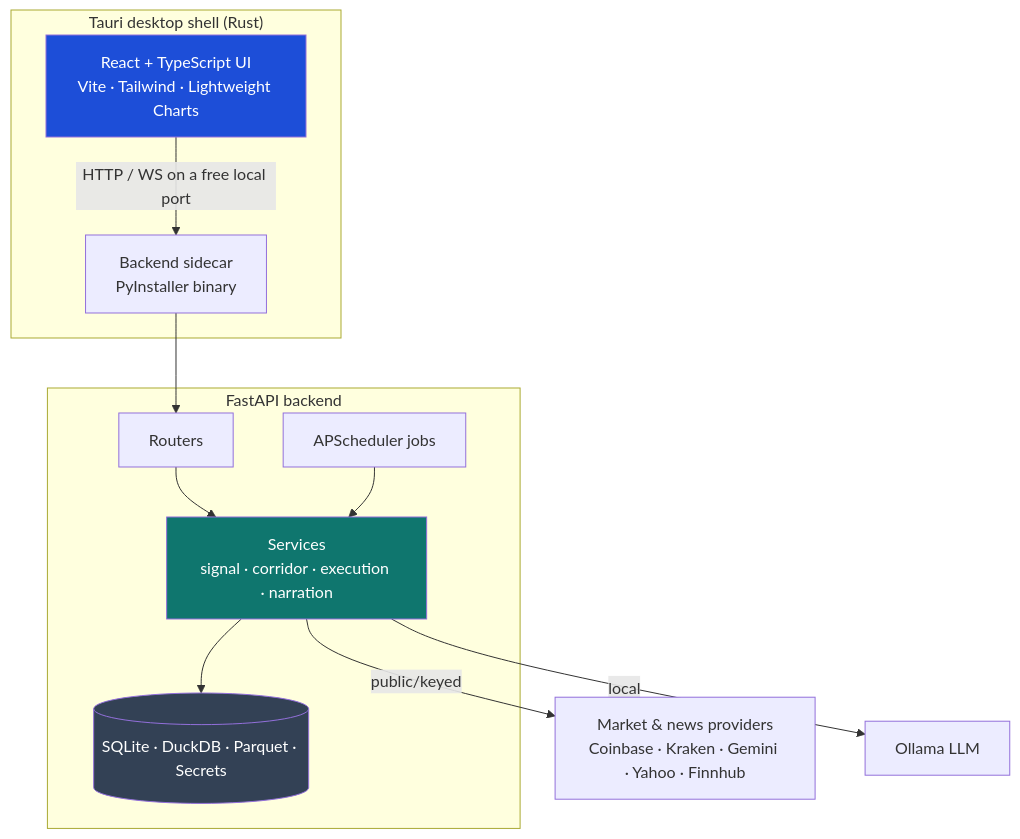
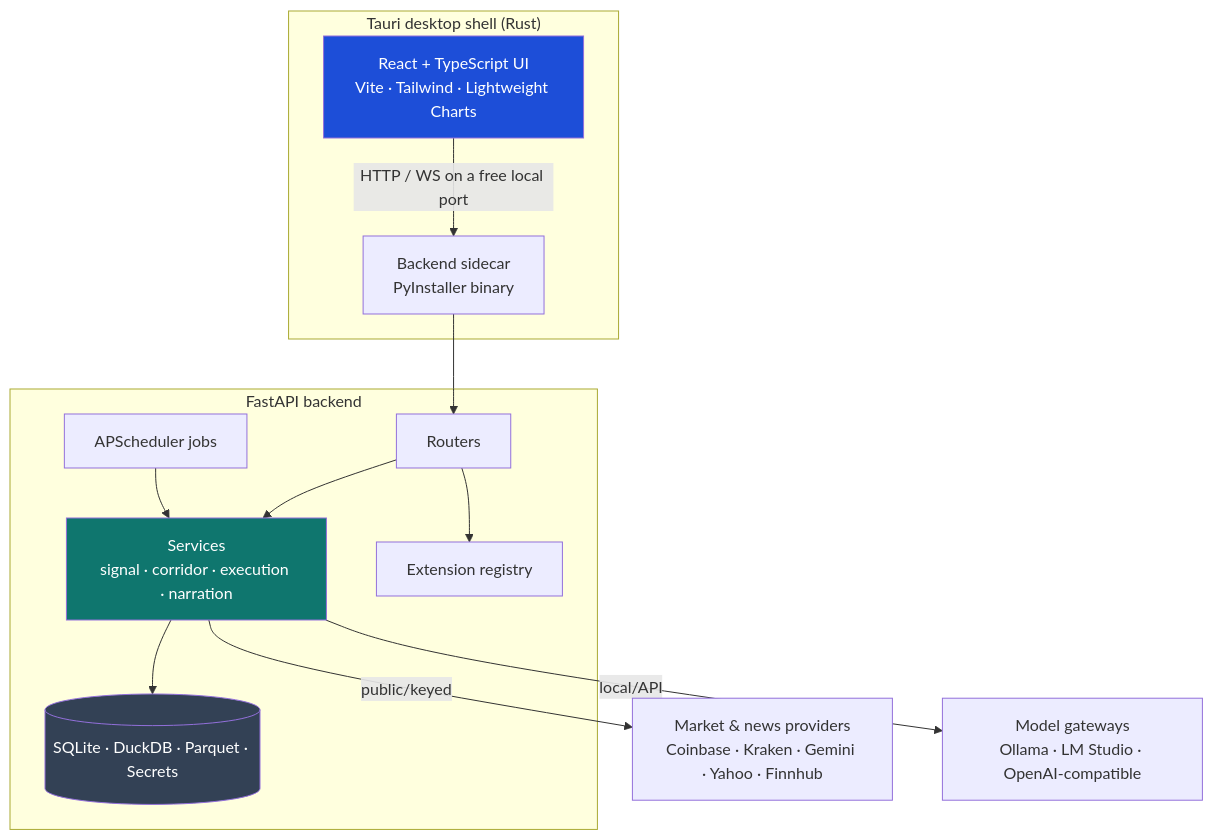
One commit to quantglass-labs/quantglass changed the diagram in docs/technical/README.md. Above: the diagram before and after it, drawn with Mermaid. The commit also changed other lines of this file and 31 other files, not shown here.

Commit message:
Add extension registry and flexible AI gateways

````diff
--- a/docs/technical/README.md
+++ b/docs/technical/README.md
@@ -30,21 +30,23 @@
 ```mermaid
 flowchart TB
     subgraph Desktop["Tauri desktop shell (Rust)"]
         UI[React + TypeScript UI<br/>Vite · Tailwind · Lightweight Charts]
         SIDE[Backend sidecar<br/>PyInstaller binary]
     end
     UI -- "HTTP / WS on a free local port" --> SIDE
     subgraph Backend["FastAPI backend"]
         ROUT[Routers]
         SVC[Services<br/>signal · corridor · execution · narration]
+        PLUG[Extension registry]
         SCHED[APScheduler jobs]
         STORE[(SQLite · DuckDB · Parquet · Secrets)]
     end
     SIDE --> ROUT --> SVC --> STORE
+    ROUT --> PLUG
     SCHED --> SVC
     SVC -- public/keyed --> EXT[Market & news providers<br/>Coinbase · Kraken · Gemini · Yahoo · Finnhub]
-    SVC -- local --> OLL[Ollama LLM]
+    SVC -- local/API --> OLL[Model gateways<br/>Ollama · LM Studio · OpenAI-compatible]
     style UI fill:#1d4ed8,color:#fff
     style SVC fill:#0f766e,color:#fff
     style STORE fill:#334155,color:#fff
 ```
````
